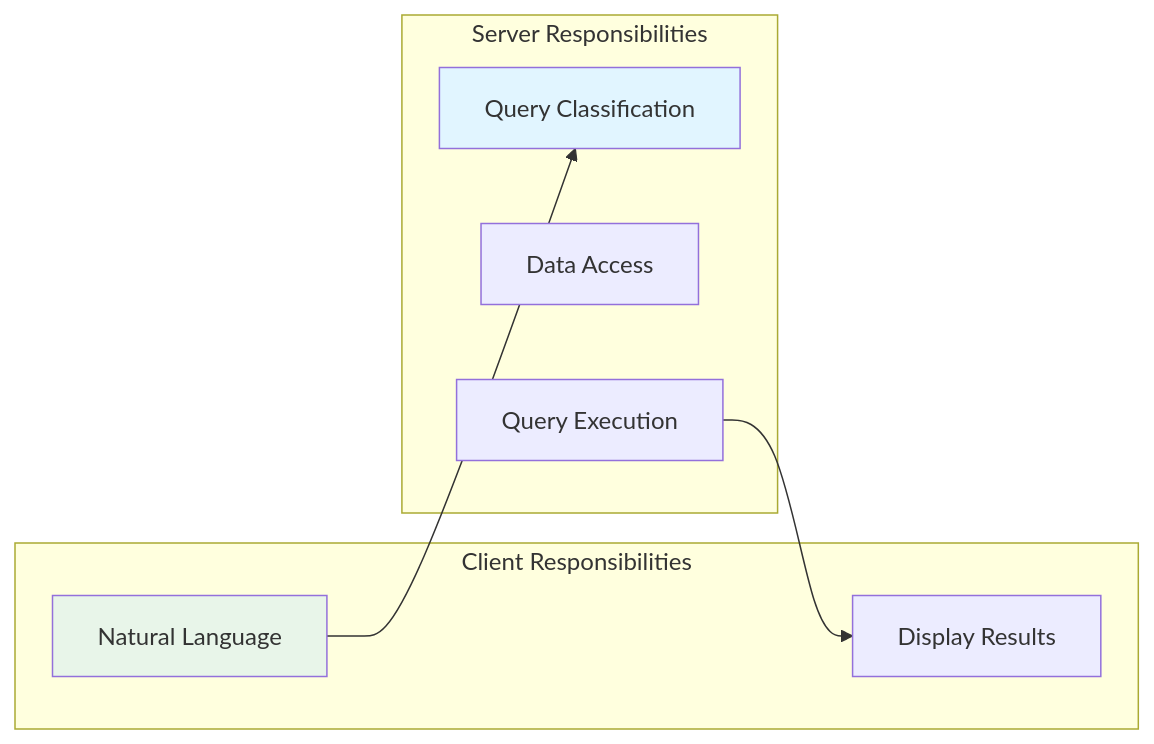
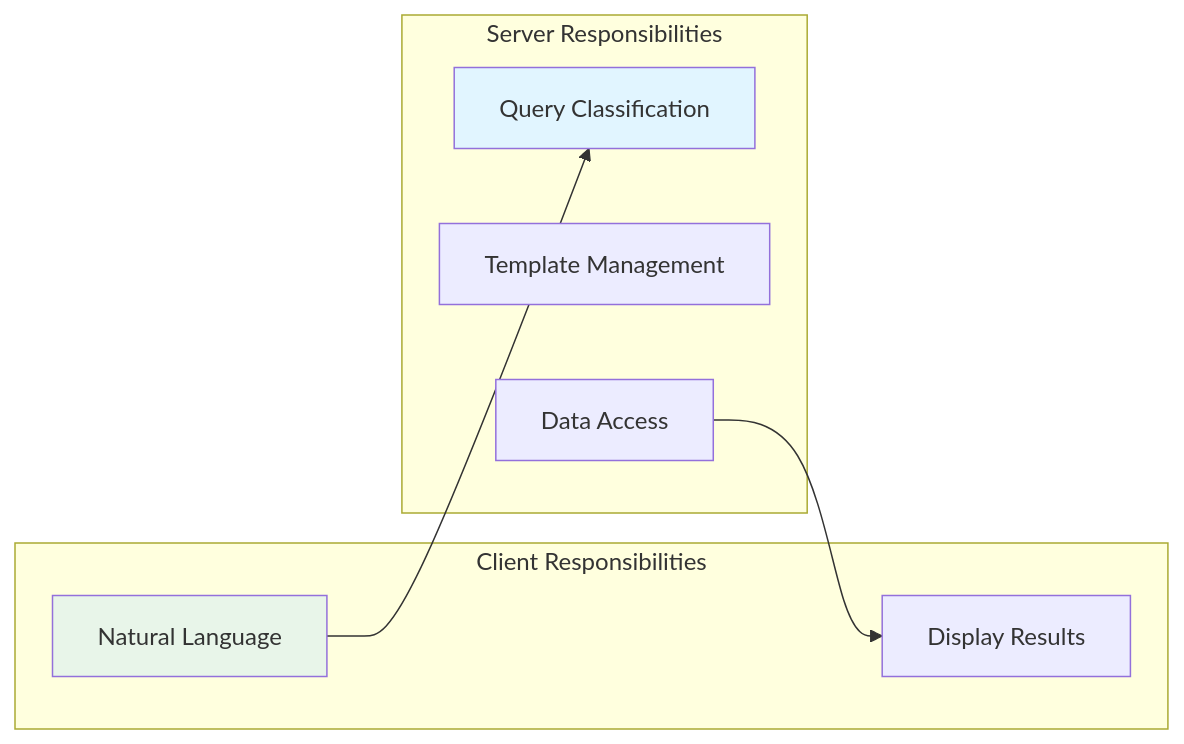
Before and after one commit to skillrepos/ai-3in1: the sixth of 6 diagrams in docs/architecture-lab6.md, drawn with Mermaid. The commit also changed other lines of this file and 10 other files, not shown here.

Commit message:
update retries and architecture diagrams

````diff
--- a/docs/architecture-lab6.md
+++ b/docs/architecture-lab6.md
@@ -254,19 +342,19 @@
 ```mermaid
 graph LR
     subgraph "Client Responsibilities"
         C1[Natural Language]
         C2[Display Results]
     end
 
     subgraph "Server Responsibilities"
         S1[Query Classification]
-        S2[Data Access]
-        S3[Query Execution]
+        S2[Template Management]
+        S3[Data Access]
     end
 
     C1 --> S1
     S3 --> C2
 
     style C1 fill:#e8f5e9
     style S1 fill:#e1f5ff
 ```
````
